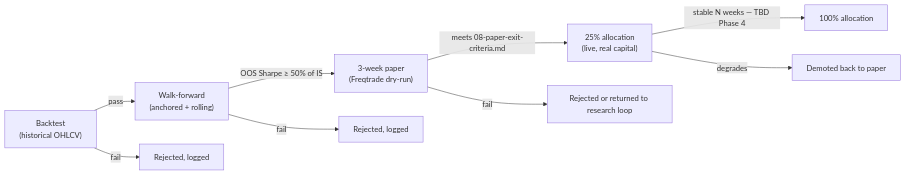
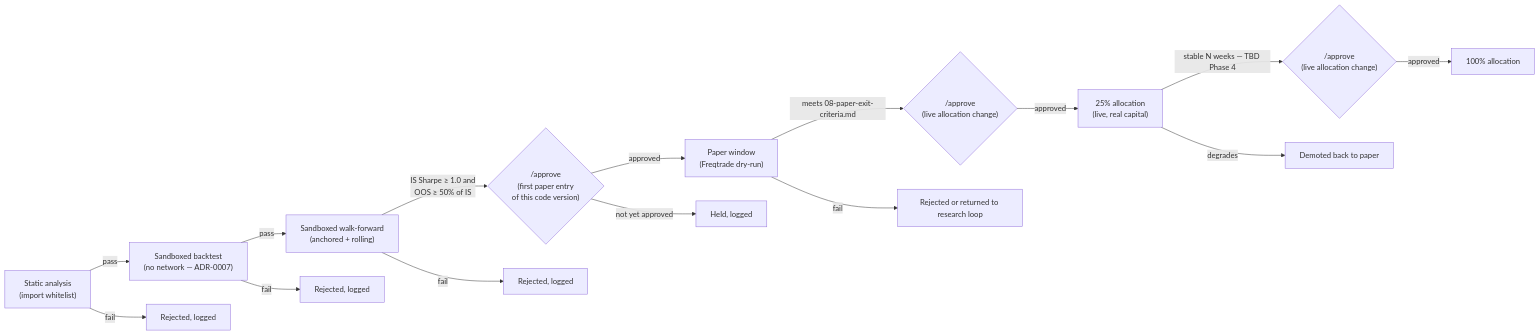
The diagram in docs/04-architecture/conductor.md (aplicy-com/guarded-trader), drawn with Mermaid before and after one commit. The commit also changed other lines of this file and 4 other files, not shown here.

````diff
--- a/docs/04-architecture/conductor.md
+++ b/docs/04-architecture/conductor.md
@@ -34,11 +38,17 @@
 ```mermaid
 flowchart LR
-    A["Backtest<br/>(historical OHLCV)"] -->|pass| B["Walk-forward<br/>(anchored + rolling)"]
+    S["Static analysis<br/>(import whitelist)"] -->|pass| A["Sandboxed backtest<br/>(no network — ADR-0007)"]
+    S -->|fail| X0["Rejected, logged"]
+    A -->|pass| B["Sandboxed walk-forward<br/>(anchored + rolling)"]
     A -->|fail| X1["Rejected, logged"]
-    B -->|"OOS Sharpe ≥ 50% of IS"| C["3-week paper<br/>(Freqtrade dry-run)"]
+    B -->|"IS Sharpe ≥ 1.0 and<br/>OOS ≥ 50% of IS"| P1{"/approve<br/>(first paper entry<br/>of this code version)"}
     B -->|fail| X2["Rejected, logged"]
-    C -->|"meets 08-paper-exit-criteria.md"| D["25% allocation<br/>(live, real capital)"]
+    P1 -->|approved| C["Paper window<br/>(Freqtrade dry-run)"]
+    P1 -->|not yet approved| H1["Held, logged"]
+    C -->|"meets 08-paper-exit-criteria.md"| P2{"/approve<br/>(live allocation change)"}
     C -->|fail| X3["Rejected or returned to research loop"]
-    D -->|"stable N weeks — TBD Phase 4"| E["100% allocation"]
+    P2 -->|approved| D["25% allocation<br/>(live, real capital)"]
+    D -->|"stable N weeks — TBD Phase 4"| P3{"/approve<br/>(live allocation change)"}
+    P3 -->|approved| E["100% allocation"]
     D -->|degrades| F["Demoted back to paper"]
 ```
````
